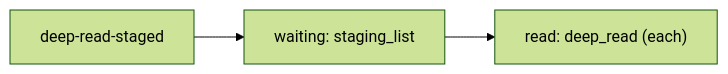
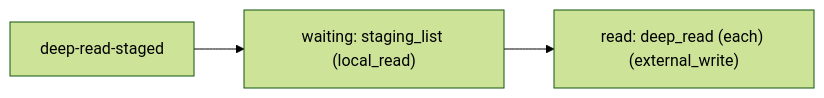
The tenth of 30 diagrams in reports/2026-11-20-workflow-map/WORKFLOW-MAP.md (Jake36999/Librarian_V2), drawn with Mermaid (forest theme) before and after one commit. The commit also changed other lines of this file and 6 other files, not shown here.

````diff
--- a/reports/2026-11-20-workflow-map/WORKFLOW-MAP.md
+++ b/reports/2026-11-20-workflow-map/WORKFLOW-MAP.md
@@ -162,8 +162,8 @@
 ```mermaid
 flowchart LR
   s["deep-read-staged"]
-  n0["waiting: staging_list"]
+  n0["waiting: staging_list (local_read)"]
   s --> n0
-  n1["read: deep_read (each)"]
+  n1["read: deep_read (each) (external_write)"]
   n0 --> n1
 ```
````
